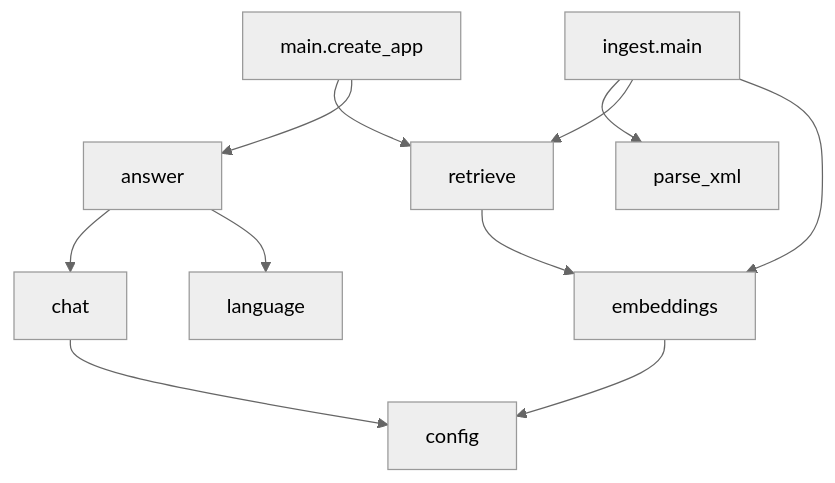
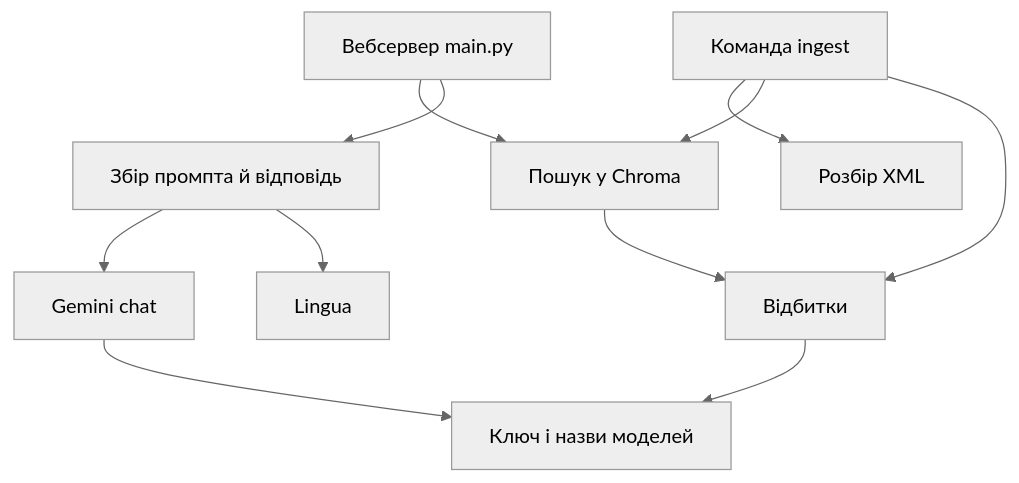
The second of 2 diagrams in docs/struktura-proektu.md (KyryloY/rag-fastapi), drawn with Mermaid (neutral theme) before and after one commit. The commit also changed other lines of this file, not shown here.

Commit message:
Expand the architecture doc into plain-language explanations of the stack.

````diff
--- a/docs/struktura-proektu.md
+++ b/docs/struktura-proektu.md
@@ -83,13 +199,13 @@
 ```mermaid
 flowchart TB
-  main["main.create_app"] --> retrieve
-  main --> answer
-  ingest["ingest.main"] --> parse_xml
+  main["Вебсервер main.py"] --> retrieve["Пошук у Chroma"]
+  main --> answer["Збір промпта й відповідь"]
+  ingest["Команда ingest"] --> parse_xml["Розбір XML"]
   ingest --> retrieve
-  ingest --> embeddings
-  answer --> chat
-  answer --> language
+  ingest --> embeddings["Відбитки"]
+  answer --> chat["Gemini chat"]
+  answer --> language["Lingua"]
   retrieve --> embeddings
-  chat --> config
+  chat --> config["Ключ і назви моделей"]
   embeddings --> config
 ```
````
